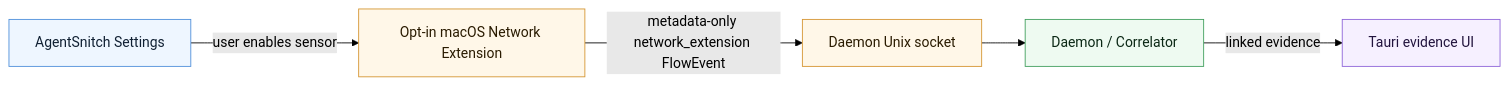
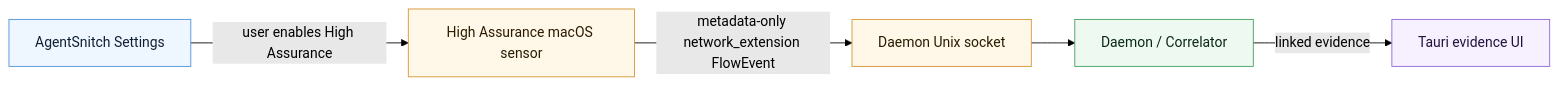
The second of 2 diagrams in docs/getting-started.md (somoore/agentsnitch), drawn with Mermaid (forest theme) before and after one commit. The commit also changed other lines of this file and 18 other files, not shown here.

Commit message:
Improve UI flow views and high assurance DNS

````diff
--- a/docs/getting-started.md
+++ b/docs/getting-started.md
@@ -136,23 +138,23 @@
 ```mermaid
 flowchart LR
     classDef app fill:#eef6ff,stroke:#4c8eda,color:#102033
     classDef sensor fill:#fff7e8,stroke:#d4942f,color:#2a1b00
     classDef daemon fill:#eefaf1,stroke:#3f9d5c,color:#0b2815
     classDef ui fill:#f6f0ff,stroke:#8c63d8,color:#21133d
 
     Settings["AgentSnitch Settings"]
-    NE["Opt-in macOS Network Extension"]
+    NE["High Assurance macOS sensor"]
     Socket["Daemon Unix socket"]
     Correlator["Daemon / Correlator"]
     UI["Tauri evidence UI"]
 
-    Settings -->|"user enables sensor"| NE
+    Settings -->|"user enables High Assurance"| NE
     NE -->|"metadata-only network_extension FlowEvent"| Socket
     Socket --> Correlator
     Correlator -->|"linked evidence"| UI
 
     class Settings app
     class NE,Socket sensor
     class Correlator daemon
     class UI ui
 ```
````
